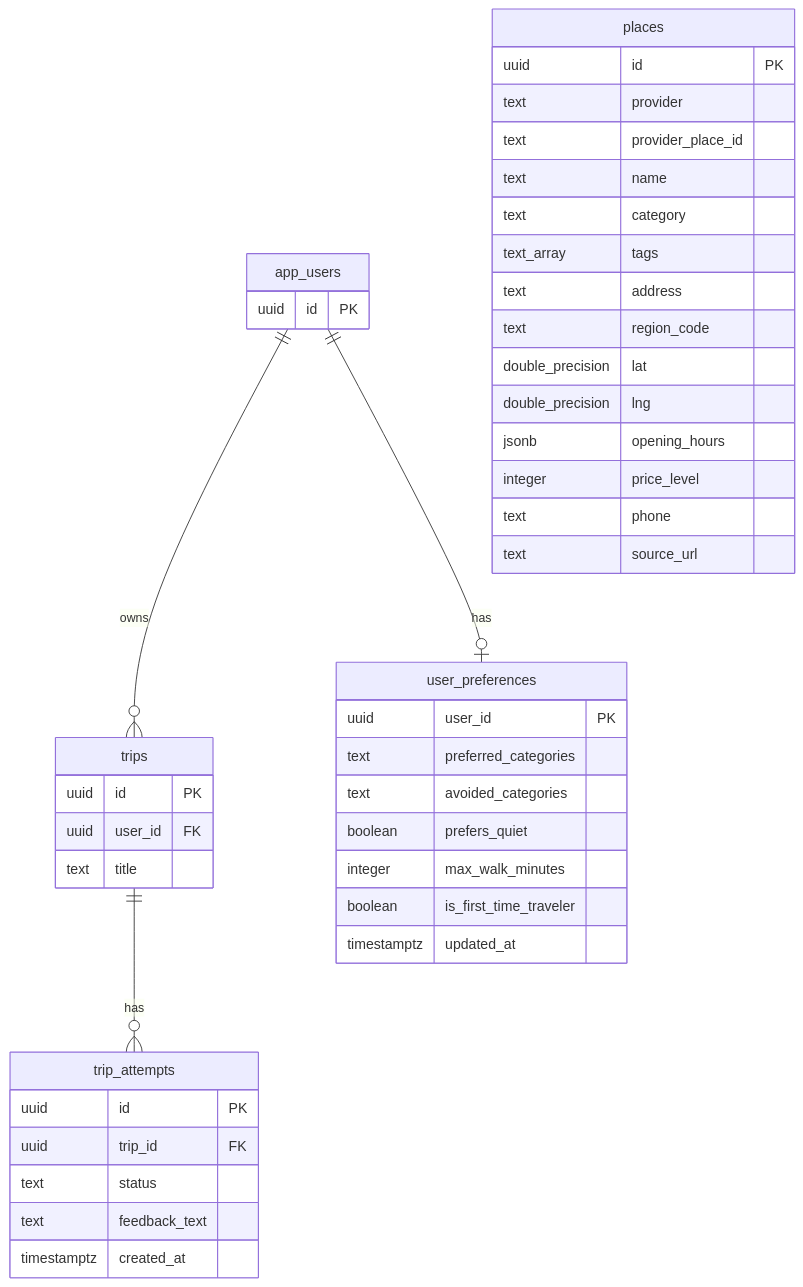
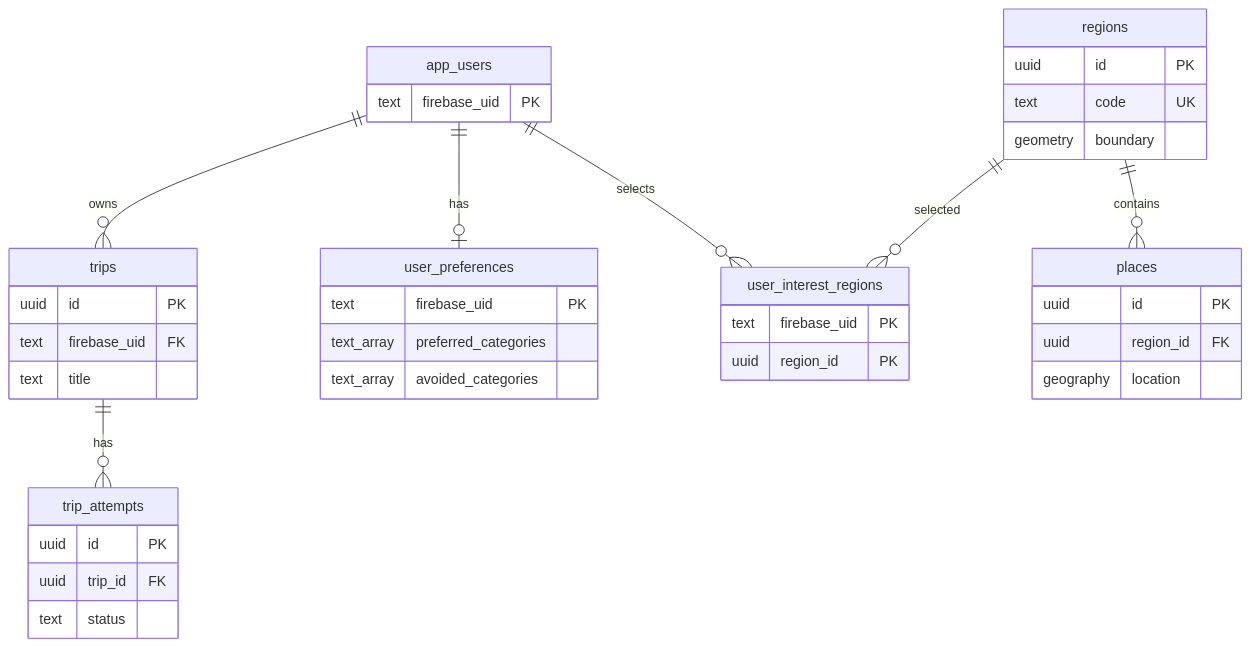
The diagram in docs/schema/db.md (journey-101/main), drawn with Mermaid before and after one commit. The commit also changed other lines of this file and 8 other files, not shown here.

````diff
--- a/docs/schema/db.md
+++ b/docs/schema/db.md
@@ -12,51 +7,17 @@
 ```mermaid
 erDiagram
     app_users ||--o{ trips : owns
+    app_users ||--o| user_preferences : has
+    app_users ||--o{ user_interest_regions : selects
+    regions ||--o{ user_interest_regions : selected
+    regions ||--o{ places : contains
     trips ||--o{ trip_attempts : has
-    app_users ||--o| user_preferences : has
 
-    app_users {
-        uuid id PK
-    }
-
-    trips {
-        uuid id PK
-        uuid user_id FK
-        text title
-    }
-
-    trip_attempts {
-        uuid id PK
-        uuid trip_id FK
-        text status
-        text feedback_text
-        timestamptz created_at
-    }
-
-    places {
-        uuid id PK
-        text provider
-        text provider_place_id
-        text name
-        text category
-        text_array tags
-        text address
-        text region_code
-        double_precision lat
-        double_precision lng
-        jsonb opening_hours
-        integer price_level
-        text phone
-        text source_url
-    }
-
-    user_preferences {
-        uuid user_id PK
-        text preferred_categories
-        text avoided_categories
-        boolean prefers_quiet
-        integer max_walk_minutes
-        boolean is_first_time_traveler
-        timestamptz updated_at
-    }
+    app_users { text firebase_uid PK }
+    trips { uuid id PK text firebase_uid FK text title }
+    trip_attempts { uuid id PK uuid trip_id FK text status }
+    regions { uuid id PK text code UK geometry boundary }
+    places { uuid id PK uuid region_id FK geography location }
+    user_preferences { text firebase_uid PK text_array preferred_categories text_array avoided_categories }
+    user_interest_regions { text firebase_uid PK uuid region_id PK }
 ```
````
